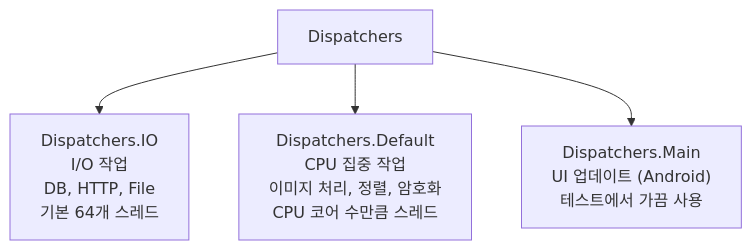
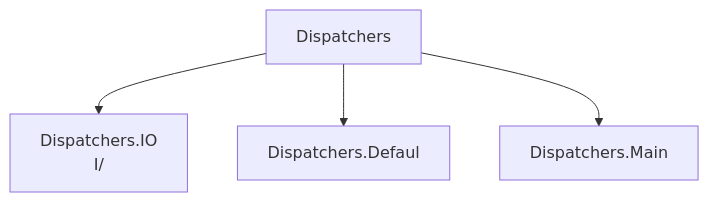
The third of 4 diagrams in _posts/kotlin/2026-05-02-kotlin-coroutines.md (yjkim2015/yjkim2015.github.io), drawn with Mermaid before and after one commit. The commit also changed other lines of this file and 271 other files, not shown here.

First line of the commit message:
Mermaid 라벨 축소: 긴 노드 텍스트 18자 이하로 트림 + \n 제거

````diff
--- a/_posts/kotlin/2026-05-02-kotlin-coroutines.md
+++ b/_posts/kotlin/2026-05-02-kotlin-coroutines.md
@@ -165,6 +165,6 @@
 ```mermaid
 graph TD
-    D["Dispatchers"] --> IO["Dispatchers.IO\nI/O 작업\nDB, HTTP, File\n기본 64개 스레드"]
-    D --> Default["Dispatchers.Default\nCPU 집중 작업\n이미지 처리, 정렬, 암호화\nCPU 코어 수만큼 스레드"]
-    D --> Main["Dispatchers.Main\nUI 업데이트 (Android)\n테스트에서 가끔 사용"]
+    D["Dispatchers"] --> IO["Dispatchers.IO\nI/"]
+    D --> Default["Dispatchers.Defaul"]
+    D --> Main["Dispatchers.Main\n"]
 ```
````
